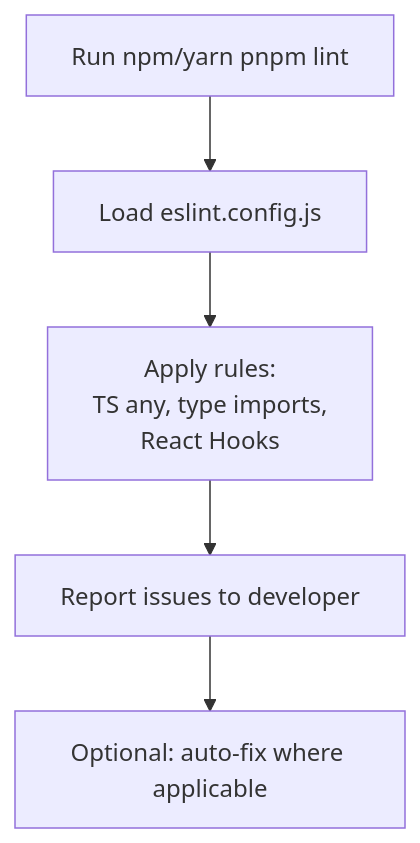
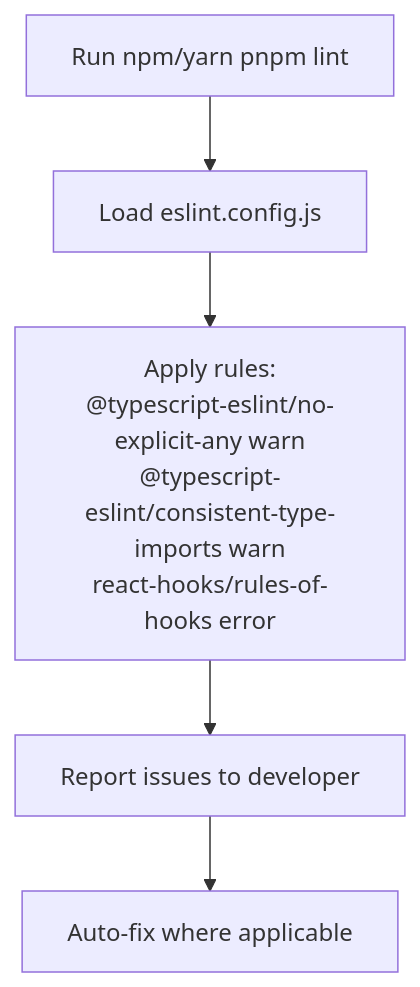
The fourth of 8 diagrams in .qoder/repowiki/en/content/Build and Development.md (Anna0314zy/ai_editor_enginer), drawn with Mermaid before and after one commit. The commit also changed other lines of this file and 41 other files, not shown here.

````diff
--- a/.qoder/repowiki/en/content/Build and Development.md
+++ b/.qoder/repowiki/en/content/Build and Development.md
@@ -238,7 +175,7 @@
 ```mermaid
 flowchart TD
 LintStart["Run npm/yarn pnpm lint"] --> ESLConf["Load eslint.config.js"]
-ESLConf --> Rules["Apply rules:<br/>TS any, type imports,<br/>React Hooks"]
+ESLConf --> Rules["Apply rules:<br/>@typescript-eslint/no-explicit-any warn<br/>@typescript-eslint/consistent-type-imports warn<br/>react-hooks/rules-of-hooks error"]
 Rules --> Report["Report issues to developer"]
-Report --> Fix["Optional: auto-fix where applicable"]
+Report --> Fix["Auto-fix where applicable"]
 ```
````
